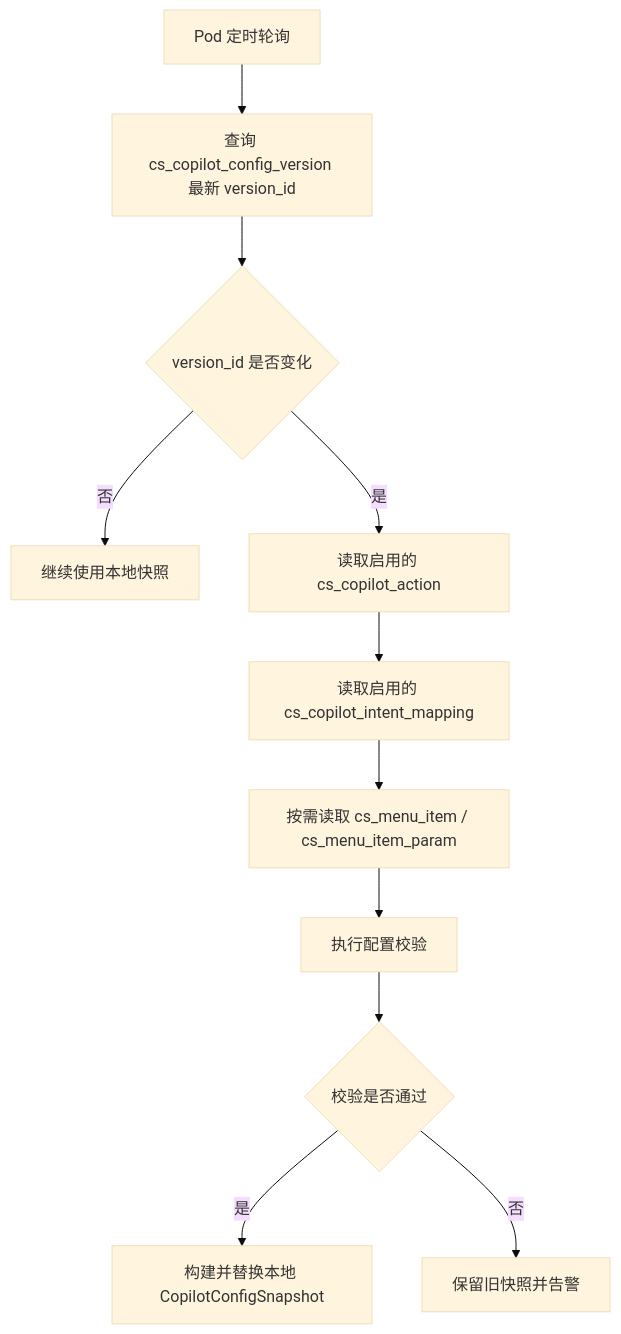
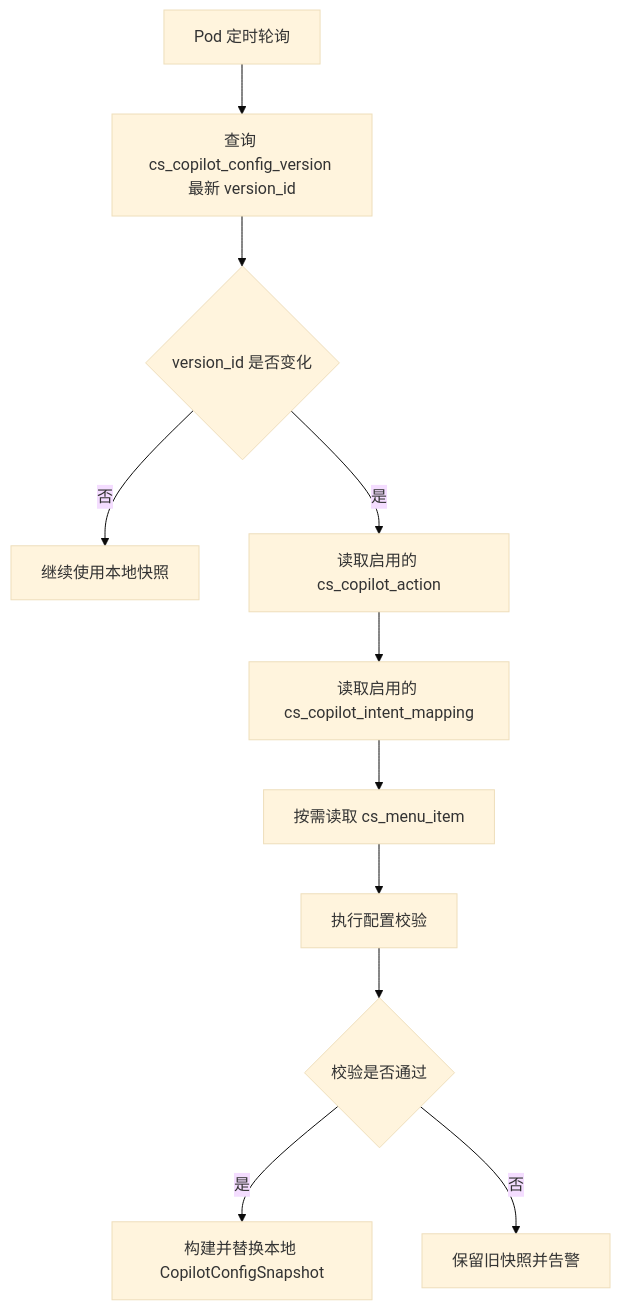
Before and after one commit to qzz617/copilot: diagram 19 of 24 in cs-copilot-service/docs/dd-v1.2.md, drawn with Mermaid (base theme). The commit also changed other lines of this file and 6 other files, not shown here.

Commit message:
Use menu item navigation for linked actions

````diff
--- a/cs-copilot-service/docs/dd-v1.2.md
+++ b/cs-copilot-service/docs/dd-v1.2.md
@@ -2959,13 +2952,13 @@
 ```mermaid
 flowchart TD
     A[Pod 定时轮询] --> B[查询 cs_copilot_config_version 最新 version_id]
     B --> C{version_id 是否变化}
     C -- 否 --> D[继续使用本地快照]
     C -- 是 --> E[读取启用的 cs_copilot_action]
     E --> F[读取启用的 cs_copilot_intent_mapping]
-    F --> G[按需读取 cs_menu_item / cs_menu_item_param]
+    F --> G[按需读取 cs_menu_item]
     G --> H[执行配置校验]
     H --> I{校验是否通过}
     I -- 是 --> J[构建并替换本地 CopilotConfigSnapshot]
     I -- 否 --> K[保留旧快照并告警]
 ```
````
